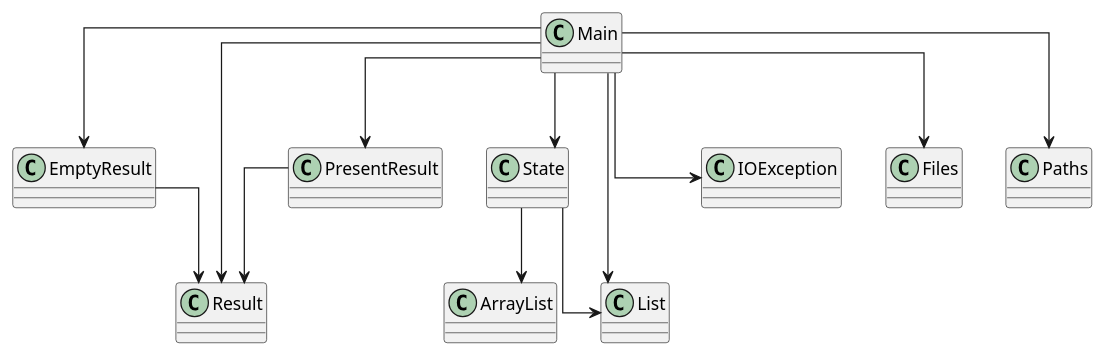
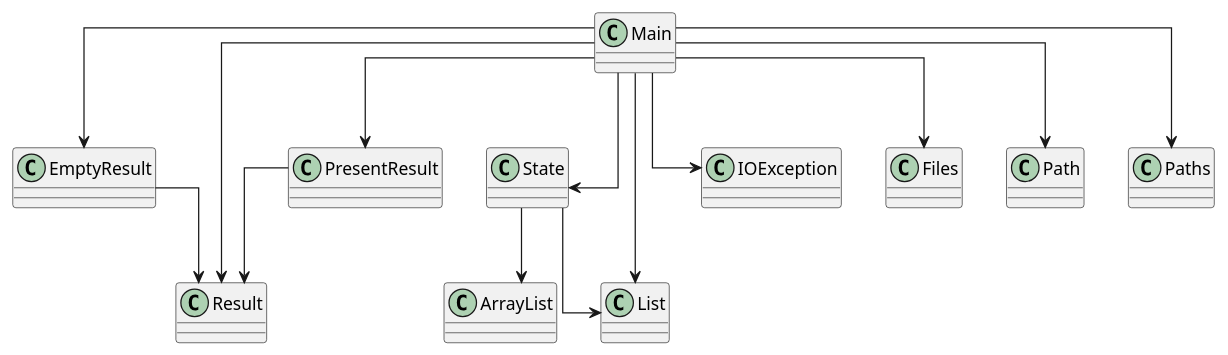
One commit to SirMathhman/Magma changed the diagram in diagram.puml. Above: the diagram before and after it, drawn with PlantUML. The commit also changed 1 other file, not shown here.

```diff
--- a/diagram.puml
+++ b/diagram.puml
@@ -1,20 +1,21 @@
 @startuml
 skinparam linetype ortho
 class EmptyResult
 EmptyResult --> Result
 class PresentResult
 PresentResult --> Result
 class Result
 class State
 State --> ArrayList
 State --> List
 class Main
 Main --> Result
 Main --> State
 Main --> EmptyResult
 Main --> PresentResult
 Main --> IOException
 Main --> Files
+Main --> Path
 Main --> Paths
 Main --> List
 @enduml
```
